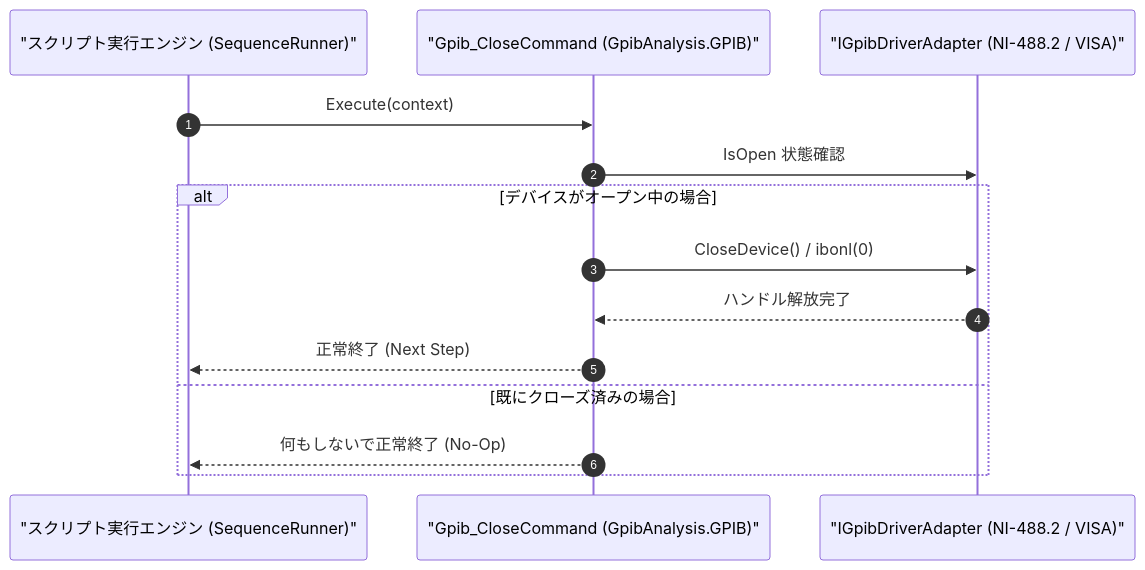
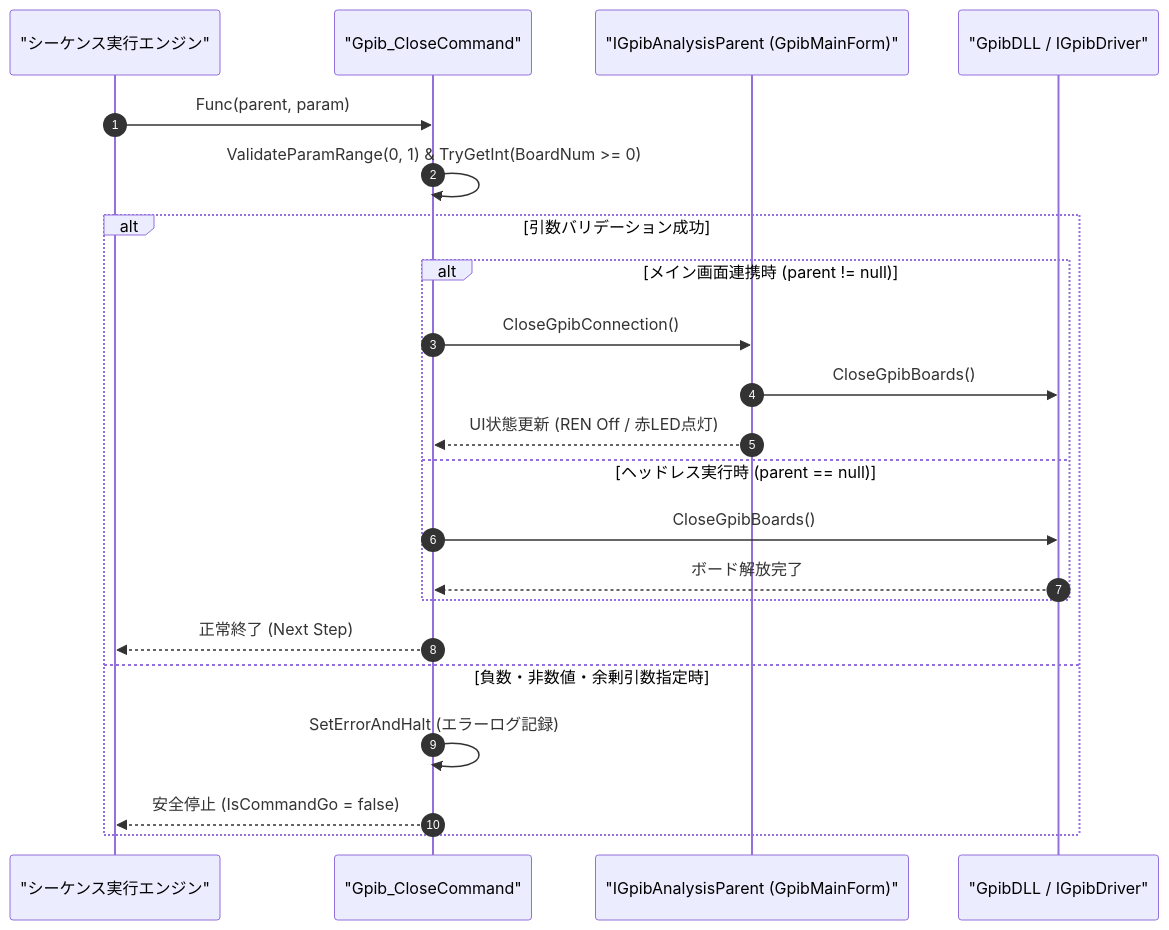
One commit to Monaca-App/GpibAddIn changed the diagram in Manual/GPIB/Gpib_Close.Md. Above: the diagram before and after it, drawn with Mermaid. The commit also changed other lines of this file and 32 other files, not shown here.

````diff
--- a/Manual/GPIB/Gpib_Close.Md
+++ b/Manual/GPIB/Gpib_Close.Md
@@ -64,17 +64,25 @@
 ```mermaid
 sequenceDiagram
     autonumber
-    participant Script as "スクリプト実行エンジン (SequenceRunner)"
-    participant Cmd as "Gpib_CloseCommand (GpibAnalysis.GPIB)"
-    participant Drv as "IGpibDriverAdapter (NI-488.2 / VISA)"
+    participant Script as "シーケンス実行エンジン"
+    participant Cmd as "Gpib_CloseCommand"
+    participant Parent as "IGpibAnalysisParent (GpibMainForm)"
+    participant Dll as "GpibDLL / IGpibDriver"
 
-    Script->>Cmd: Execute(context)
-    Cmd->>Drv: IsOpen 状態確認
-    alt デバイスがオープン中の場合
-        Cmd->>Drv: CloseDevice() / ibonl(0)
-        Drv-->>Cmd: ハンドル解放完了
+    Script->>Cmd: Func(parent, param)
+    Cmd->>Cmd: ValidateParamRange(0, 1) & TryGetInt(BoardNum >= 0)
+    alt 引数バリデーション成功
+        alt メイン画面連携時 (parent != null)
+            Cmd->>Parent: CloseGpibConnection()
+            Parent->>Dll: CloseGpibBoards()
+            Parent-->>Cmd: UI状態更新 (REN Off / 赤LED点灯)
+        else ヘッドレス実行時 (parent == null)
+            Cmd->>Dll: CloseGpibBoards()
+            Dll-->>Cmd: ボード解放完了
+        end
         Cmd-->>Script: 正常終了 (Next Step)
-    else 既にクローズ済みの場合
-        Cmd-->>Script: 何もしないで正常終了 (No-Op)
+    else 負数・非数値・余剰引数指定時
+        Cmd->>Cmd: SetErrorAndHalt (エラーログ記録)
+        Cmd-->>Script: 安全停止 (IsCommandGo = false)
     end
 ```
````
